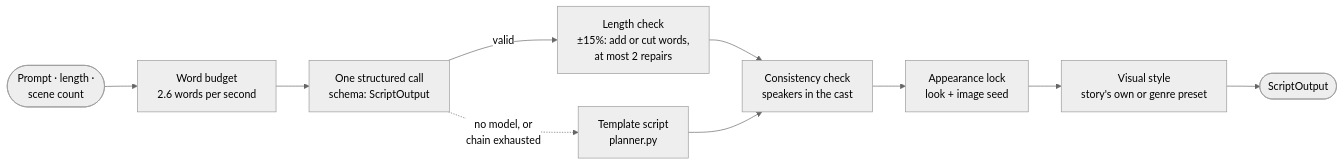
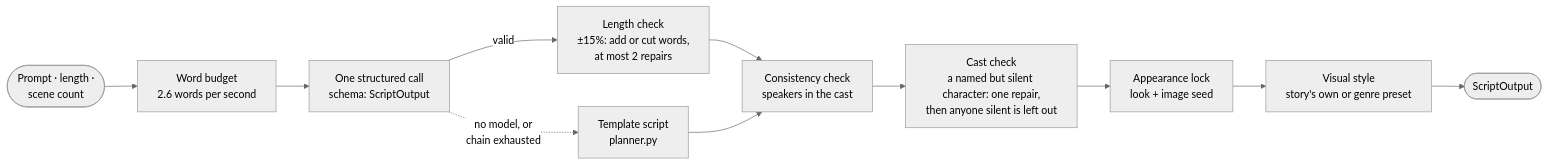
One commit to saad-dafinitiq/Project-Dastango changed the fourth of 9 diagrams in docs/AGENTS.md. Above: the diagram before and after it, drawn with Mermaid (neutral theme). The commit also changed other lines of this file and 18 other files, not shown here.

````diff
--- a/docs/AGENTS.md
+++ b/docs/AGENTS.md
@@ -218,12 +218,13 @@
 ```mermaid
 flowchart LR
     in(["Prompt · length ·<br/>scene count"]) --> budget["Word budget<br/>2.6 words per second"]
     budget --> llm["One structured call<br/>schema: ScriptOutput"]
     llm -- "valid" --> fit["Length check<br/>±15%: add or cut words,<br/>at most 2 repairs"]
     fit --> check["Consistency check<br/>speakers in the cast"]
     llm -. "no model, or<br/>chain exhausted" .-> tmpl["Template script<br/>planner.py"]
     tmpl --> check
-    check --> lock["Appearance lock<br/>look + image seed"]
+    check --> cast["Cast check<br/>a named but silent character: one repair,<br/>then anyone silent is left out"]
+    cast --> lock["Appearance lock<br/>look + image seed"]
     lock --> vstyle["Visual style<br/>story's own or genre preset"]
     vstyle --> out(["ScriptOutput"])
 ```
````
